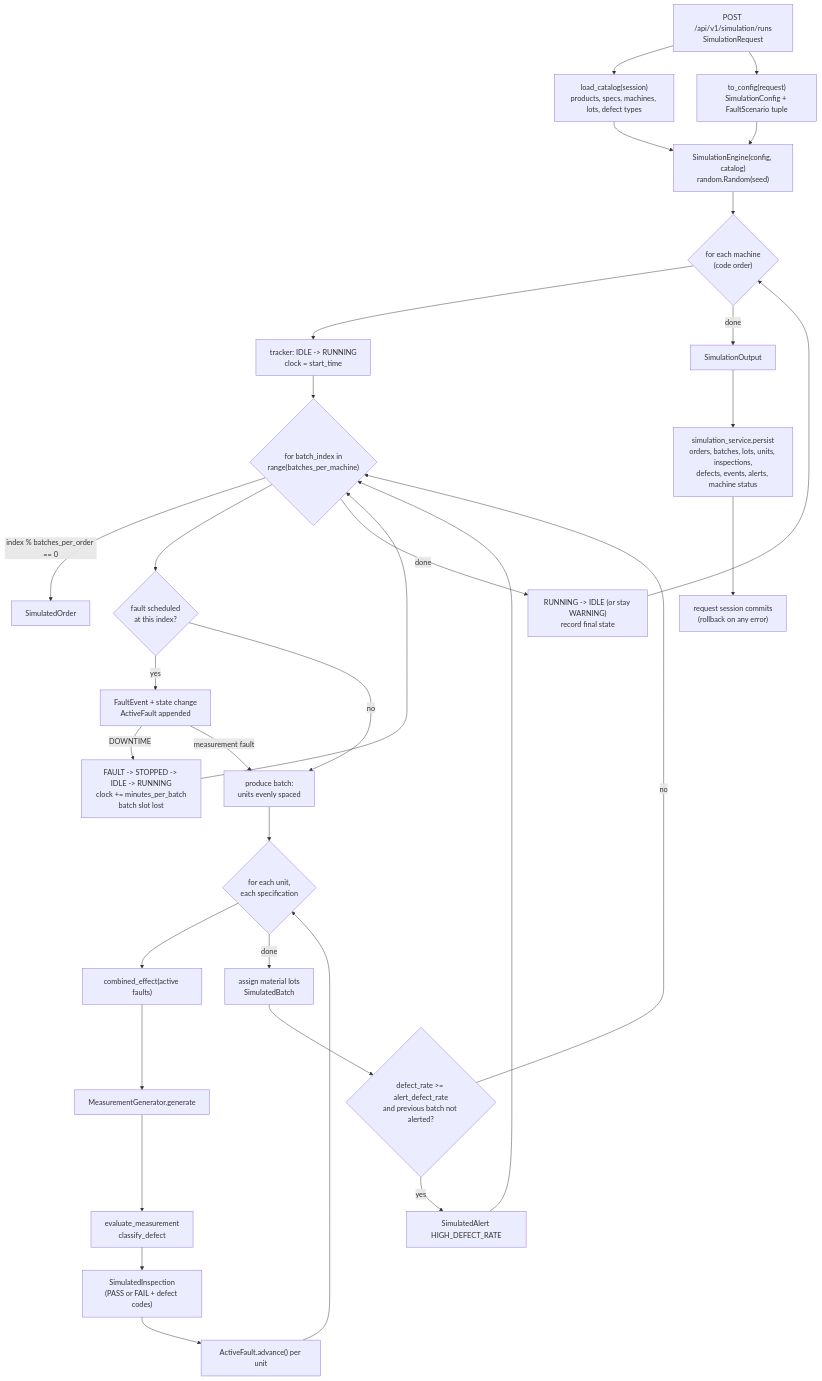
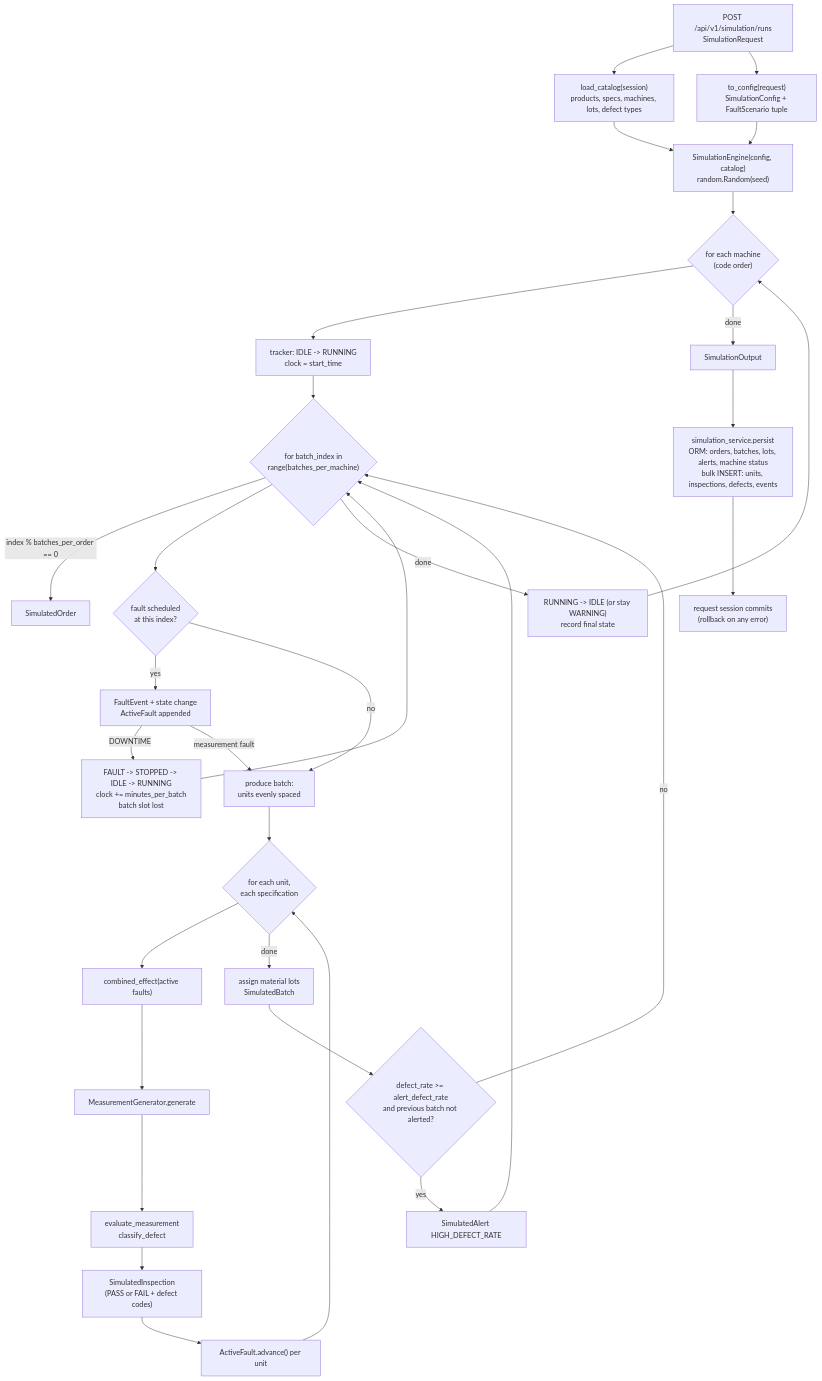
The first of 2 diagrams in docs/simulation/simulation-design.md (shritej6/factory-sherlock), drawn with Mermaid before and after one commit. The commit also changed other lines of this file and 8 other files, not shown here.

````diff
--- a/docs/simulation/simulation-design.md
+++ b/docs/simulation/simulation-design.md
@@ -72,34 +72,34 @@
 ```mermaid
 flowchart TD
     Req["POST /api/v1/simulation/runs<br/>SimulationRequest"] --> Cat["load_catalog(session)<br/>products, specs, machines, lots, defect types"]
     Req --> Cfg["to_config(request)<br/>SimulationConfig + FaultScenario tuple"]
     Cat --> Eng["SimulationEngine(config, catalog)<br/>random.Random(seed)"]
     Cfg --> Eng
     Eng --> M{"for each machine<br/>(code order)"}
     M --> Start["tracker: IDLE -> RUNNING<br/>clock = start_time"]
     Start --> B{"for batch_index in<br/>range(batches_per_machine)"}
     B -->|"index % batches_per_order == 0"| Ord["SimulatedOrder"]
     B --> F{"fault scheduled<br/>at this index?"}
     F -->|"yes"| Inj["FaultEvent + state change<br/>ActiveFault appended"]
     Inj -->|"DOWNTIME"| Skip["FAULT -> STOPPED -> IDLE -> RUNNING<br/>clock += minutes_per_batch<br/>batch slot lost"]
     Skip --> B
     Inj -->|"measurement fault"| Prod
     F -->|"no"| Prod["produce batch:<br/>units evenly spaced"]
     Prod --> U{"for each unit,<br/>each specification"}
     U --> Eff["combined_effect(active faults)"]
     Eff --> Meas["MeasurementGenerator.generate"]
     Meas --> Eval["evaluate_measurement<br/>classify_defect"]
     Eval --> Insp["SimulatedInspection<br/>(PASS or FAIL + defect codes)"]
     Insp --> Adv["ActiveFault.advance() per unit"]
     Adv --> U
     U -->|"done"| Lots["assign material lots<br/>SimulatedBatch"]
     Lots --> Rate{"defect_rate >= alert_defect_rate<br/>and previous batch not alerted?"}
     Rate -->|"yes"| Alert["SimulatedAlert HIGH_DEFECT_RATE"]
     Rate -->|"no"| B
     Alert --> B
     B -->|"done"| Fin["RUNNING -> IDLE (or stay WARNING)<br/>record final state"]
     Fin --> M
     M -->|"done"| Out["SimulationOutput"]
-    Out --> Persist["simulation_service.persist<br/>orders, batches, lots, units, inspections,<br/>defects, events, alerts, machine status"]
+    Out --> Persist["simulation_service.persist<br/>ORM: orders, batches, lots, alerts, machine status<br/>bulk INSERT: units, inspections, defects, events"]
     Persist --> Commit["request session commits<br/>(rollback on any error)"]
 ```
````
